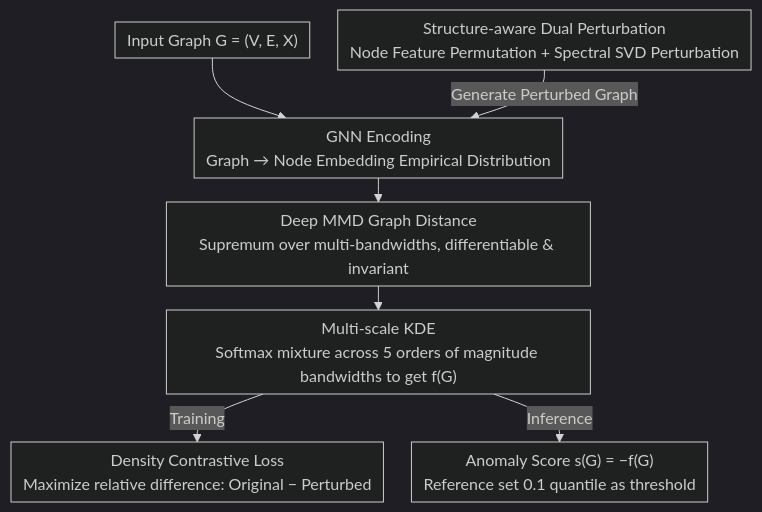
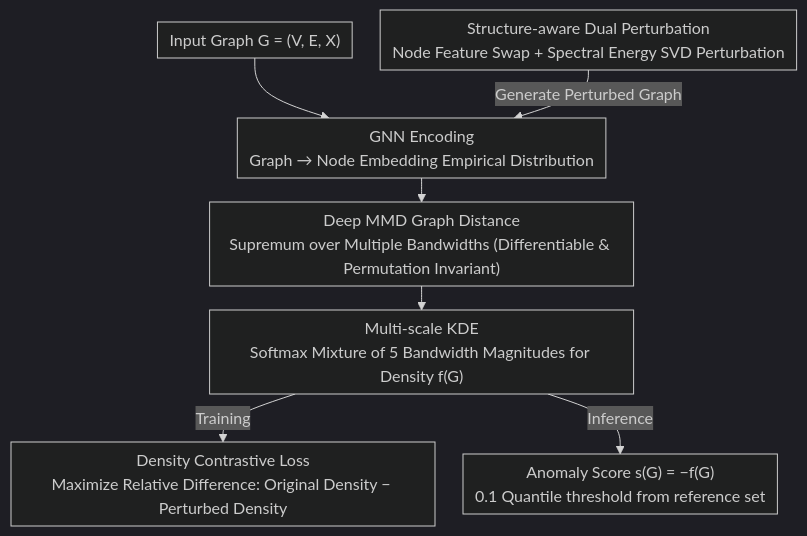
The diagram in docs/ICML2026/graph_learning/learnable_kernel_density_estimation_for_graphs_and_its_application_to_graph-leve.md (zhaoyang97/Paper-Notes-en), drawn with Mermaid (dark theme) before and after one commit. The commit also changed other lines of this file and 5084 other files, not shown here.

````diff
--- a/docs/ICML2026/graph_learning/learnable_kernel_density_estimation_for_graphs_and_its_application_to_graph-leve.md
+++ b/docs/ICML2026/graph_learning/learnable_kernel_density_estimation_for_graphs_and_its_application_to_graph-leve.md
@@ -42,10 +42,10 @@
 ```mermaid
 %%{init: {'flowchart': {'rankSpacing': 24, 'nodeSpacing': 28, 'padding': 6, 'wrappingWidth': 400}}}%%
 flowchart TD
     A["Input Graph G = (V, E, X)"] --> B["GNN Encoding<br/>Graph → Node Embedding Empirical Distribution"]
-    P["Structure-aware Dual Perturbation<br/>Node Feature Permutation + Spectral SVD Perturbation"] -->|Generate Perturbed Graph| B
-    B --> C["Deep MMD Graph Distance<br/>Supremum over multi-bandwidths, differentiable & invariant"]
-    C --> D["Multi-scale KDE<br/>Softmax mixture across 5 orders of magnitude bandwidths to get f(G)"]
-    D -->|Training| E["Density Contrastive Loss<br/>Maximize relative difference: Original − Perturbed"]
-    D -->|Inference| F["Anomaly Score s(G) = −f(G)<br/>Reference set 0.1 quantile as threshold"]
+    P["Structure-aware Dual Perturbation<br/>Node Feature Swap + Spectral Energy SVD Perturbation"] -->|Generate Perturbed Graph| B
+    B --> C["Deep MMD Graph Distance<br/>Supremum over Multiple Bandwidths (Differentiable & Permutation Invariant)"]
+    C --> D["Multi-scale KDE<br/>Softmax Mixture of 5 Bandwidth Magnitudes for Density f(G)"]
+    D -->|Training| E["Density Contrastive Loss<br/>Maximize Relative Difference: Original Density − Perturbed Density"]
+    D -->|Inference| F["Anomaly Score s(G) = −f(G)<br/>0.1 Quantile threshold from reference set"]
 ```
````
